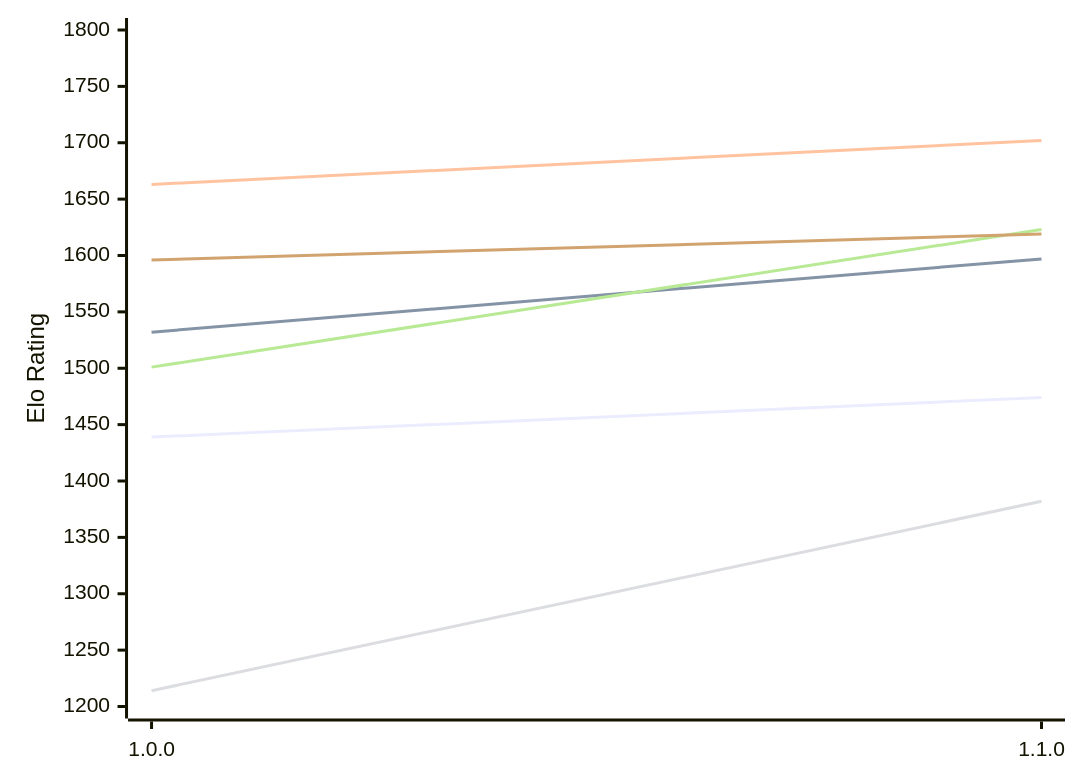
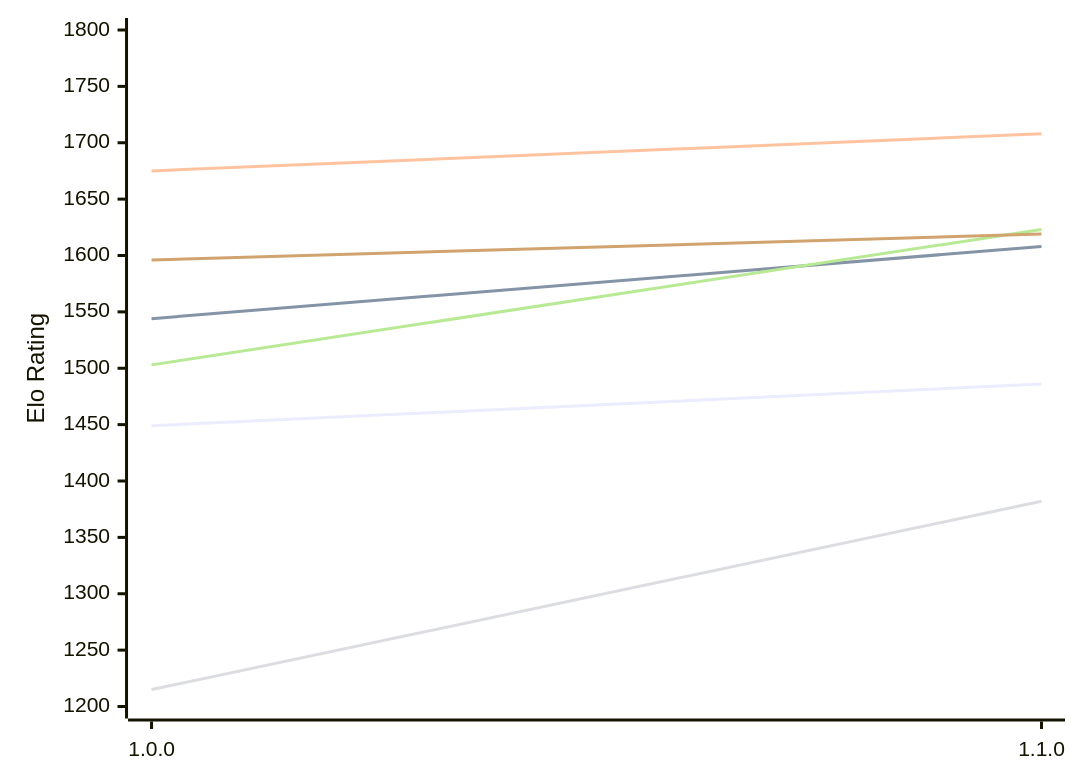
The diagram in engines/Klak.md (computer-chess-index/cci), drawn with Mermaid before and after one commit. The commit also changed other lines of this file, not shown here.

Commit message:
Update CCI Ratings (ELO VLTC) - 2026-11-11

````diff
--- a/engines/Klak.md
+++ b/engines/Klak.md
@@ -49,12 +49,12 @@
 ```mermaid
 %%{init: {"theme":"base","themeVariables":{"seriesColors:['#a3a3a3','#222221','#faa371']}}}%%
 xychart-beta
   x-axis ["1.0.0", "1.1.0"]
   y-axis "Elo Rating" 1200 --> 1800
-  line "E1: STC (8.0+0.08s)" [1439, 1474]
-  line "E1: LTC (60.0+0.60s)" [1532, 1597]
-  line "E1: VLTC (2m24s+1.12s)" [1663, 1702]
-  line "P1: STC (8.0+0.08s)" [1214, 1382]
-  line "P1: LTC (60.0+0.60s)" [1501, 1623]
+  line "E1: STC (8.0+0.08s)" [1449, 1486]
+  line "E1: LTC (60.0+0.60s)" [1544, 1608]
+  line "E1: VLTC (2m24s+1.12s)" [1675, 1708]
+  line "P1: STC (8.0+0.08s)" [1215, 1382]
+  line "P1: LTC (60.0+0.60s)" [1503, 1623]
   line "P1: VLTC (2m24s+1.12s)" [1596, 1619]
 ```
````
